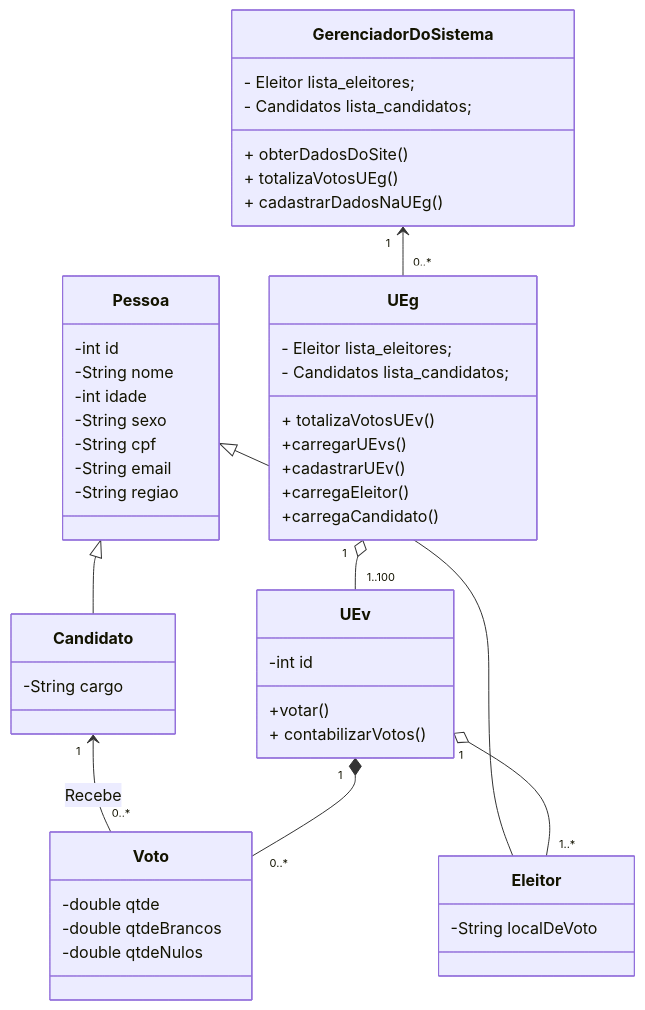
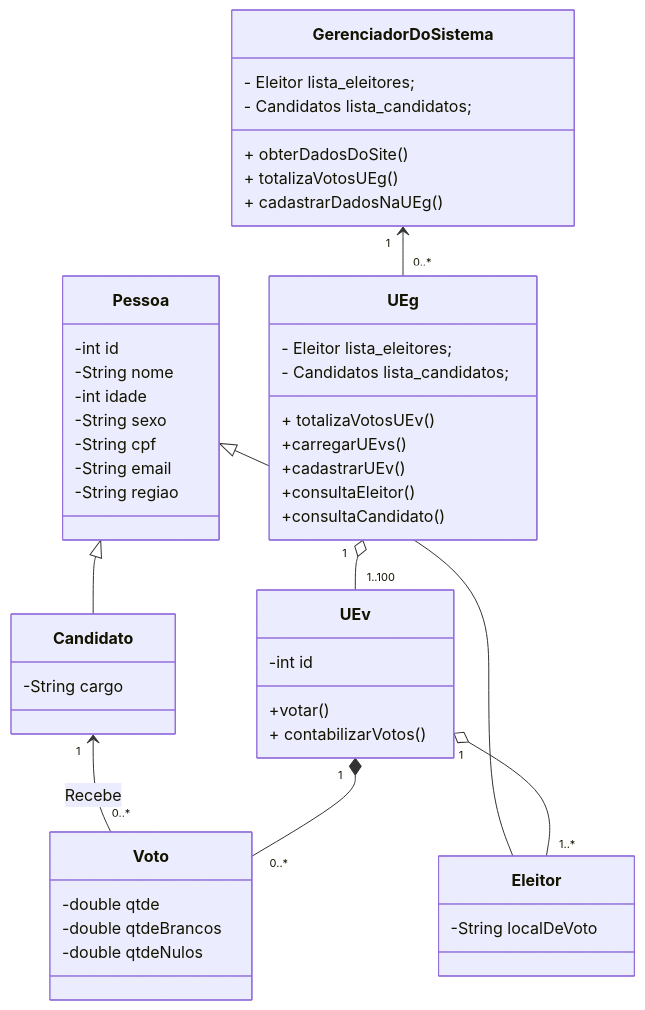
The diagram in Lab2-Diagrama_De_Classes/Diagrama_De_Classes2.md (HenriqueFinatti/Modelagem-De-Software-Orientado-a-Objetos), drawn with Mermaid before and after one commit.

````diff
--- a/Lab2-Diagrama_De_Classes/Diagrama_De_Classes2.md
+++ b/Lab2-Diagrama_De_Classes/Diagrama_De_Classes2.md
@@ -3,57 +3,57 @@
 ```mermaid
 classDiagram
 Pessoa <|-- Eleitor
 Pessoa <|-- Candidato
 Pessoa: -int id
 Pessoa: -String nome
 Pessoa: -int idade
 Pessoa: -String sexo
 Pessoa: -String cpf
 Pessoa: -String email
 Pessoa: -String regiao
 
 Eleitor: -String localDeVoto
 
 class Candidato{
   -String cargo
 }
 
 class UEg{
     - Eleitor lista_eleitores;
     - Candidatos lista_candidatos;
     + totalizaVotosUEv()
     +carregarUEvs()
     +cadastrarUEv()
-    +carregaEleitor()
-    +carregaCandidato()
+    +consultaEleitor()
+    +consultaCandidato()
 }
 
 class UEv{
   -int id
   +votar()
   + contabilizarVotos()
 }
 
 class GerenciadorDoSistema{
     - Eleitor lista_eleitores;
     - Candidatos lista_candidatos;
     + obterDadosDoSite()
     + totalizaVotosUEg()
     + cadastrarDadosNaUEg()
 }
 
 class Voto{
   -double qtde
   -double qtdeBrancos
   -double qtdeNulos
 }
 
 GerenciadorDoSistema "1" <-- "0..*" UEg
 Candidato "1" <-- "0..*" Voto : Recebe
 UEg "1" o-- "1..100" UEv
 UEv "1" *-- "0..*" Voto
 UEv "1" o-- "1..*" Eleitor
 
 
 
 ```
````
